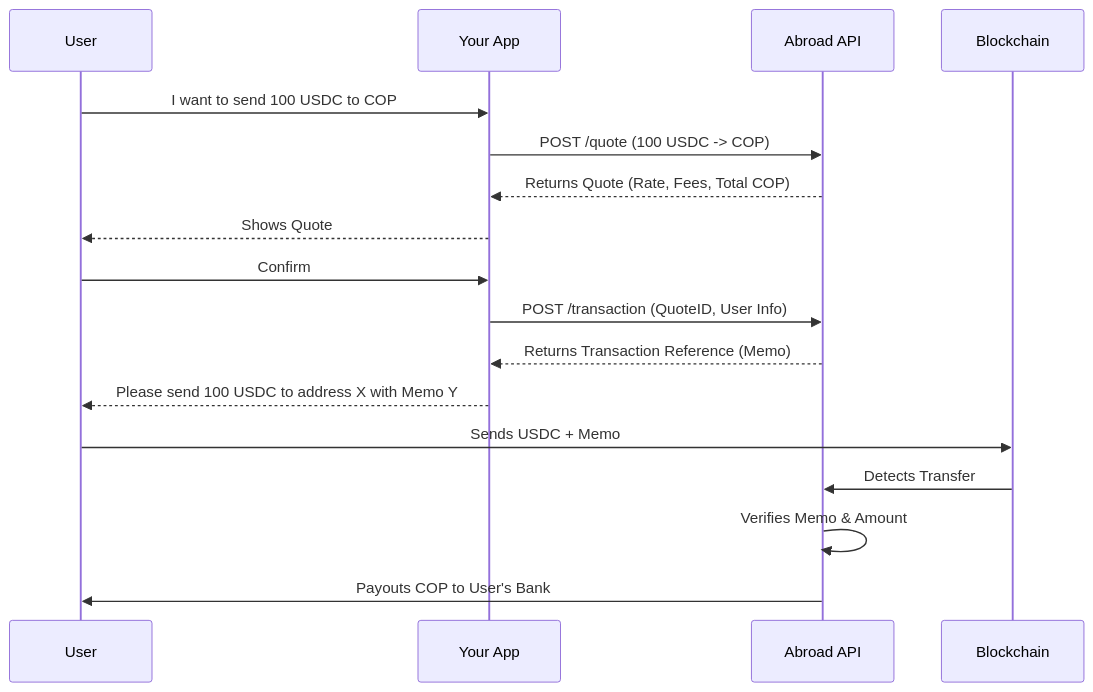
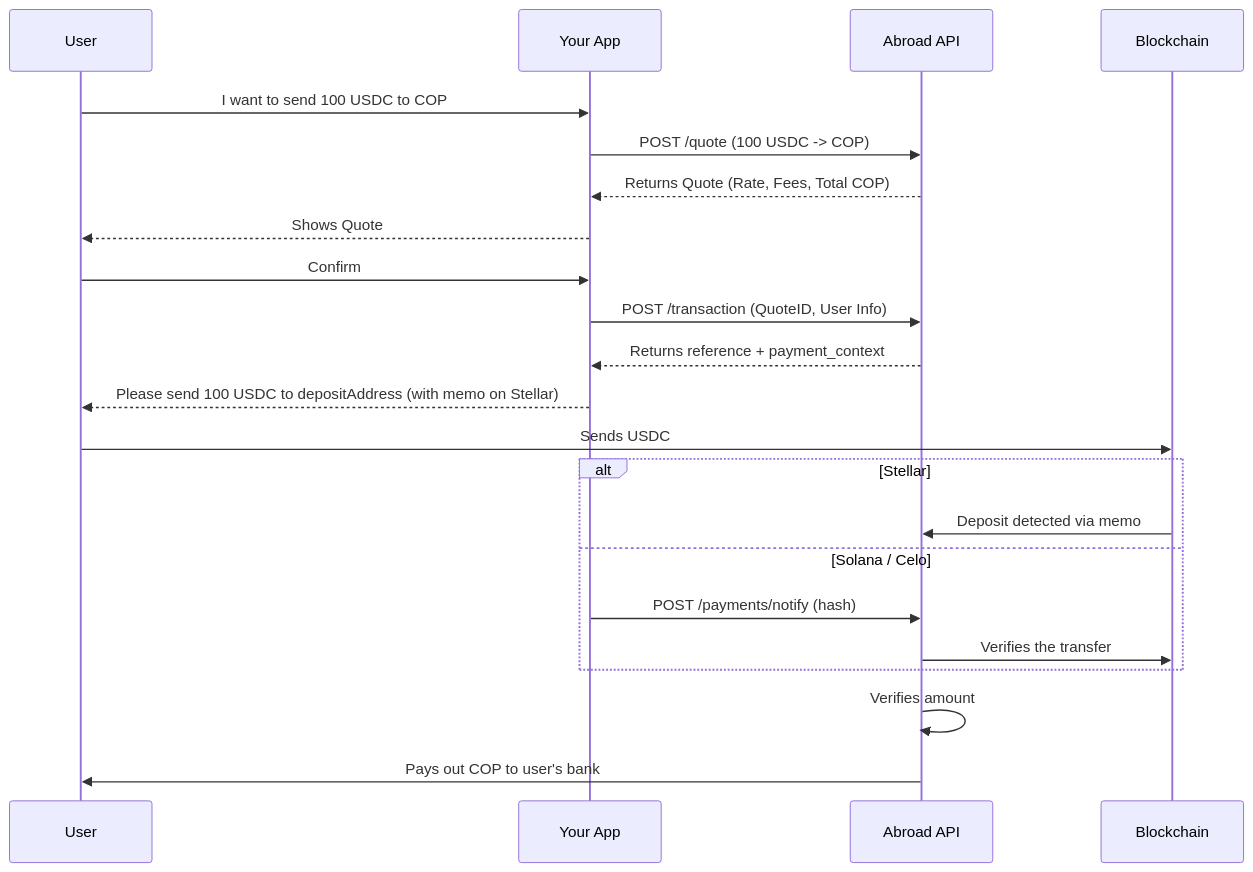
One commit to abroad-finance/abroad changed the diagram in docs/docs/workflows/overview.md. Above: the diagram before and after it, drawn with Mermaid. The commit also changed other lines of this file and 11 other files, not shown here.

````diff
--- a/docs/docs/workflows/overview.md
+++ b/docs/docs/workflows/overview.md
@@ -16,20 +16,25 @@
 ```mermaid
 sequenceDiagram
     participant User
     participant Partner as Your App
     participant Abroad as Abroad API
     participant Blockchain
 
     User->>Partner: I want to send 100 USDC to COP
     Partner->>Abroad: POST /quote (100 USDC -> COP)
     Abroad-->>Partner: Returns Quote (Rate, Fees, Total COP)
     Partner-->>User: Shows Quote
     User->>Partner: Confirm
     Partner->>Abroad: POST /transaction (QuoteID, User Info)
-    Abroad-->>Partner: Returns Transaction Reference (Memo)
-    Partner-->>User: Please send 100 USDC to address X with Memo Y
-    User->>Blockchain: Sends USDC + Memo
-    Blockchain->>Abroad: Detects Transfer
-    Abroad->>Abroad: Verifies Memo & Amount
-    Abroad->>User: Payouts COP to User's Bank
+    Abroad-->>Partner: Returns reference + payment_context
+    Partner-->>User: Please send 100 USDC to depositAddress (with memo on Stellar)
+    User->>Blockchain: Sends USDC
+    alt Stellar
+        Blockchain->>Abroad: Deposit detected via memo
+    else Solana / Celo
+        Partner->>Abroad: POST /payments/notify (hash)
+        Abroad->>Blockchain: Verifies the transfer
+    end
+    Abroad->>Abroad: Verifies amount
+    Abroad->>User: Pays out COP to user's bank
 ```
````
